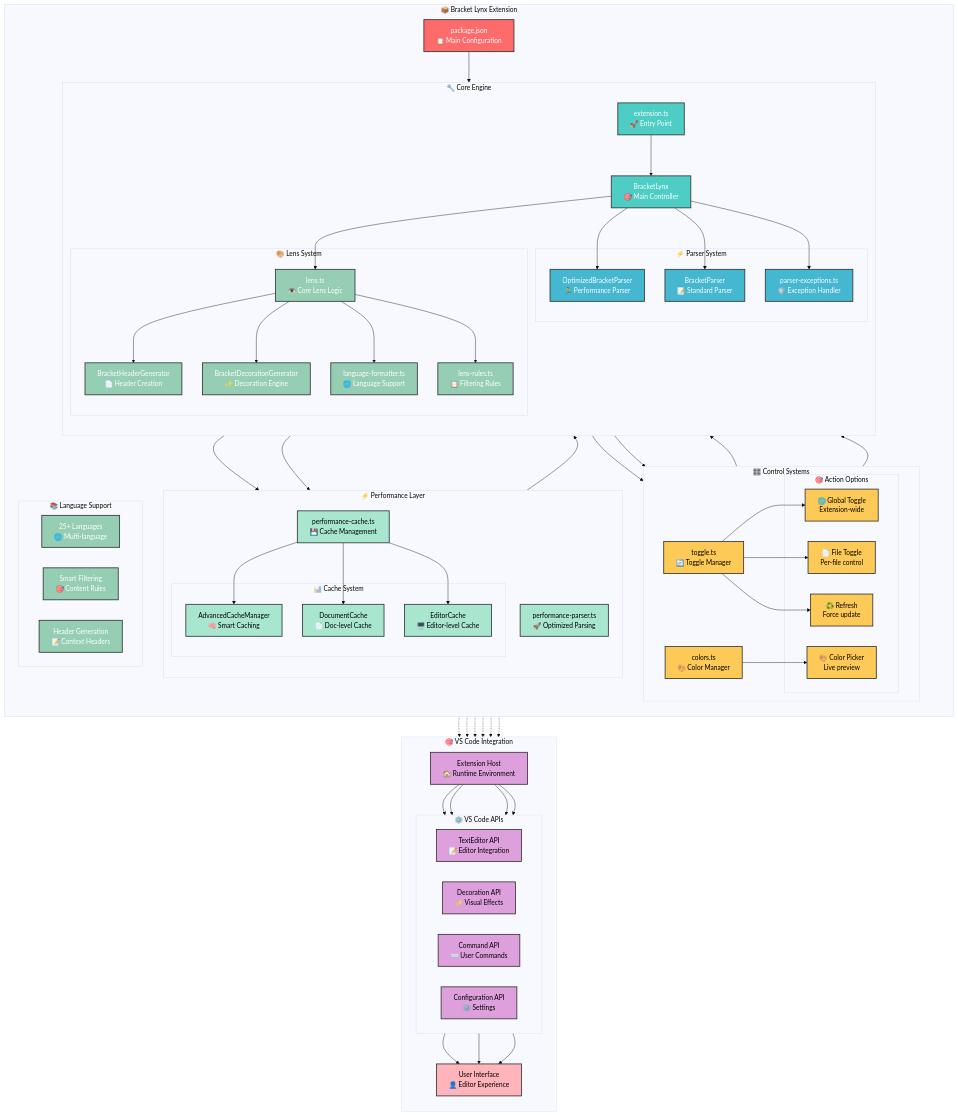
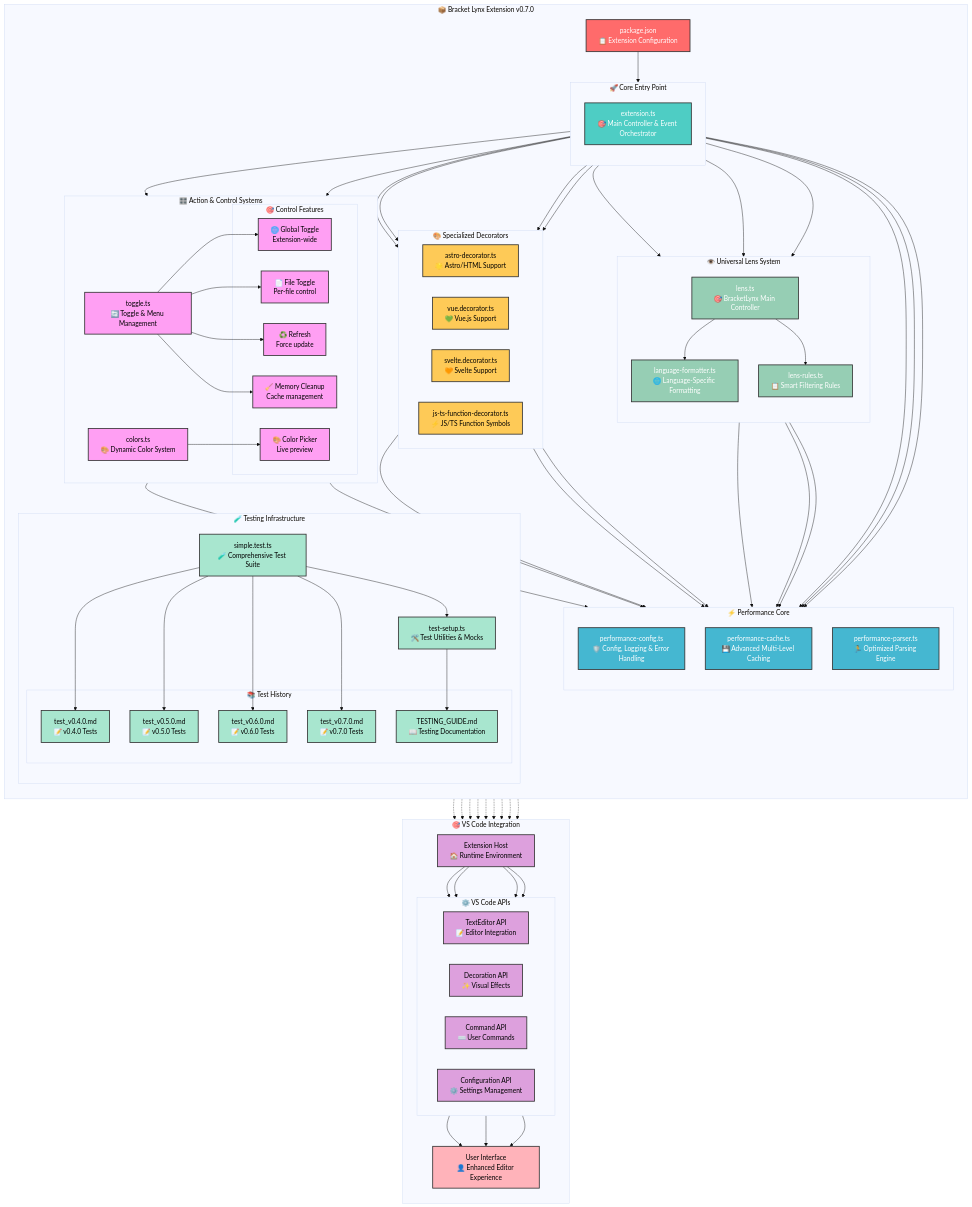
The diagram in ARCHITECTURE.md (bastndev/Bracket-Lynx), drawn with Mermaid (base theme) before and after one commit. The commit also changed other lines of this file, not shown here.

Commit message:
📏 [UPDATE] enhance architecture documentation with improved descriptions, updated component names, and added details on performance optimizations and testing infrastructure

````diff
--- a/ARCHITECTURE.md
+++ b/ARCHITECTURE.md
@@ -25,138 +26,158 @@
 ```mermaid
 graph TB
-    subgraph "📦 Bracket Lynx Extension"
+    subgraph "📦 Bracket Lynx Extension v0.7.0"
         direction TB
-        A[package.json<br/>📋 Main Configuration]
+        A[package.json<br/>📋 Extension Configuration]
         
-        subgraph "🔧 Core Engine"
+        subgraph "🚀 Core Entry Point"
             direction TB
-            B[extension.ts<br/>🚀 Entry Point]
-            C[BracketLynx<br/>🎯 Main Controller]
+            B[extension.ts<br/>🎯 Main Controller & Event Orchestrator]
+        end
+        
+        subgraph "⚡ Performance Core"
+            direction TB
+            C[performance-config.ts<br/>🛡️ Config, Logging & Error Handling]
+            D[performance-cache.ts<br/>💾 Advanced Multi-Level Caching]
+            E[performance-parser.ts<br/>🏃 Optimized Parsing Engine]
+        end
+        
+        subgraph "👁️ Universal Lens System"
+            direction TB
+            F[lens.ts<br/>🎯 BracketLynx Main Controller]
+            G[language-formatter.ts<br/>🌐 Language-Specific Formatting]
+            H[lens-rules.ts<br/>📋 Smart Filtering Rules]
+        end
+        
+        subgraph "🎨 Specialized Decorators"
+            direction LR
+            I[astro-decorator.ts<br/>🌟 Astro/HTML Support]
+            J[vue.decorator.ts<br/>💚 Vue.js Support]
+            K[svelte.decorator.ts<br/>🧡 Svelte Support]
+            L[js-ts-function-decorator.ts<br/>⚡ JS/TS Function Symbols]
+        end
+        
+        subgraph "🎛️ Action & Control Systems"
+            direction LR
+            M[toggle.ts<br/>🔄 Toggle & Menu Management]
+            N[colors.ts<br/>🎨 Dynamic Color System]
             
-            subgraph "⚡ Parser System"
-                D[OptimizedBracketParser<br/>🏃 Performance Parser]
-                E[BracketParser<br/>📝 Standard Parser]
-                F[parser-exceptions.ts<br/>🛡️ Exception Handler]
-            end
-            
-            subgraph "🎨 Lens System"
-                G[lens.ts<br/>👁️ Core Lens Logic]
-                H[BracketHeaderGenerator<br/>📄 Header Creation]
-                I[BracketDecorationGenerator<br/>✨ Decoration Engine]
-                J[language-formatter.ts<br/>🌐 Language Support]
-                K[lens-rules.ts<br/>📋 Filtering Rules]
+            subgraph "🎯 Control Features"
+                O[🌐 Global Toggle<br/>Extension-wide]
+                P[📄 File Toggle<br/>Per-file control]
+                Q[♻️ Refresh<br/>Force update]
+                R[🧹 Memory Cleanup<br/>Cache management]
+                S[🎨 Color Picker<br/>Live preview]
             end
         end
         
-        subgraph "🎛️ Control Systems"
-            direction LR
-            L[toggle.ts<br/>🔄 Toggle Manager]
-            M[colors.ts<br/>🎨 Color Manager]
+        subgraph "🧪 Testing Infrastructure"
+            direction TB
+            T[simple.test.ts<br/>🧪 Comprehensive Test Suite]
+            U[test-setup.ts<br/>🛠️ Test Utilities & Mocks]
             
-            subgraph "🎯 Action Options"
-                N[🌐 Global Toggle<br/>Extension-wide]
-                O[📄 File Toggle<br/>Per-file control]
-                P[♻️ Refresh<br/>Force update]
-                Q[🎨 Color Picker<br/>Live preview]
+            subgraph "📚 Test History"
+                V[test_v0.4.0.md<br/>📝 v0.4.0 Tests]
+                W[test_v0.5.0.md<br/>📝 v0.5.0 Tests]
+                X[test_v0.6.0.md<br/>📝 v0.6.0 Tests]
+                Y[test_v0.7.0.md<br/>📝 v0.7.0 Tests]
+                Z[TESTING_GUIDE.md<br/>📖 Testing Documentation]
             end
-        end
-        
-        subgraph "⚡ Performance Layer"
-            direction TB
-            R[performance-cache.ts<br/>💾 Cache Management]
-            S[performance-parser.ts<br/>🚀 Optimized Parsing]
-            
-            subgraph "📊 Cache System"
-                T[AdvancedCacheManager<br/>🧠 Smart Caching]
-                U[DocumentCache<br/>📄 Doc-level Cache]
-                V[EditorCache<br/>🖥️ Editor-level Cache]
-            end
-        end
-        
-        subgraph "📚 Language Support"
-            direction LR
-            W[25+ Languages<br/>🌐 Multi-language]
-            X[Smart Filtering<br/>🎯 Content Rules]
-            Y[Header Generation<br/>📝 Context Headers]
         end
     end
     
     subgraph "🎯 VS Code Integration"
         direction TB
-        Z[Extension Host<br/>🏠 Runtime Environment]
+        AA[Extension Host<br/>🏠 Runtime Environment]
         
         subgraph "⚙️ VS Code APIs"
             direction LR
-            AA[TextEditor API<br/>📝 Editor Integration]
-            AB[Decoration API<br/>✨ Visual Effects]
-            AC[Command API<br/>⌨️ User Commands]
-            AD[Configuration API<br/>⚙️ Settings]
+            BB[TextEditor API<br/>📝 Editor Integration]
+            CC[Decoration API<br/>✨ Visual Effects]
+            DD[Command API<br/>⌨️ User Commands]
+            EE[Configuration API<br/>⚙️ Settings Management]
         end
         
-        AE[User Interface<br/>👤 Editor Experience]
+        FF[User Interface<br/>👤 Enhanced Editor Experience]
     end
     
-    %% Main connections
+    %% Main flow connections
     A --> B
     B --> C
-    C --> D
-    C --> E
-    C --> F
-    G --> H
-    G --> I
-    G --> J
-    G --> K
-    L --> N
-    L --> O
-    L --> P
+    B --> D
+    B --> E
+    B --> F
+    B --> G
+    B --> H
+    B --> I
+    B --> J
+    B --> K
+    B --> L
+    B --> M
+    B --> N
+    
+    %% Core system interactions
+    F --> G
+    F --> H
+    F --> D
+    F --> E
+    M --> O
+    M --> P
     M --> Q
-    R --> T
-    R --> U
-    R --> V
-    S --> D
+    M --> R
+    N --> S
     
-    %% Integration connections
-    A -.-> Z
-    C -.-> AA
-    I -.-> AB
-    L -.-> AC
-    M -.-> AC
-    B -.-> AD
-    AA --> AE
-    AB --> AE
-    AC --> AE
-    Z --> AA
-    Z --> AB
-    Z --> AC
-    Z --> AD
+    %% Testing connections
+    T --> U
+    T --> V
+    T --> W
+    T --> X
+    T --> Y
+    U --> Z
     
-    %% Cross-system connections
-    C --> G
-    C --> L
-    C --> M
-    C --> R
-    G --> R
-    L --> C
+    %% VS Code integration
+    A -.-> AA
+    B -.-> BB
+    F -.-> CC
+    I -.-> CC
+    J -.-> CC
+    K -.-> CC
+    M -.-> DD
+    N -.-> DD
+    B -.-> EE
+    AA --> BB
+    AA --> CC
+    AA --> DD
+    AA --> EE
+    BB --> FF
+    CC --> FF
+    DD --> FF
+    
+    %% Cross-system dependencies
+    F --> C
+    I --> C
+    J --> C
+    K --> C
     M --> C
+    N --> C
     
     %% Styling
     classDef mainConfig fill:#ff6b6b,stroke:#333,stroke-width:2px,color:#fff
     classDef coreEngine fill:#4ecdc4,stroke:#333,stroke-width:2px,color:#fff
-    classDef parser fill:#45b7d1,stroke:#333,stroke-width:2px,color:#fff
+    classDef performance fill:#45b7d1,stroke:#333,stroke-width:2px,color:#fff
     classDef lens fill:#96ceb4,stroke:#333,stroke-width:2px,color:#fff
-    classDef controls fill:#feca57,stroke:#333,stroke-width:2px,color:#000
-    classDef performance fill:#a8e6cf,stroke:#333,stroke-width:2px,color:#000
+    classDef decorators fill:#feca57,stroke:#333,stroke-width:2px,color:#000
+    classDef controls fill:#ff9ff3,stroke:#333,stroke-width:2px,color:#000
+    classDef testing fill:#a8e6cf,stroke:#333,stroke-width:2px,color:#000
     classDef integration fill:#dda0dd,stroke:#333,stroke-width:2px,color:#000
     classDef output fill:#ffb3ba,stroke:#333,stroke-width:2px,color:#000
     
     class A mainConfig
-    class B,C coreEngine
-    class D,E,F parser
-    class G,H,I,J,K lens
-    class L,M,N,O,P,Q controls
-    class R,S,T,U,V performance
-    class W,X,Y lens
-    class Z,AA,AB,AC,AD integration
-    class AE output
-
+    class B coreEngine
+    class C,D,E performance
+    class F,G,H lens
+    class I,J,K,L decorators
+    class M,N,O,P,Q,R,S controls
+    class T,U,V,W,X,Y,Z testing
+    class AA,BB,CC,DD,EE integration
+    class FF output
 ```
````
